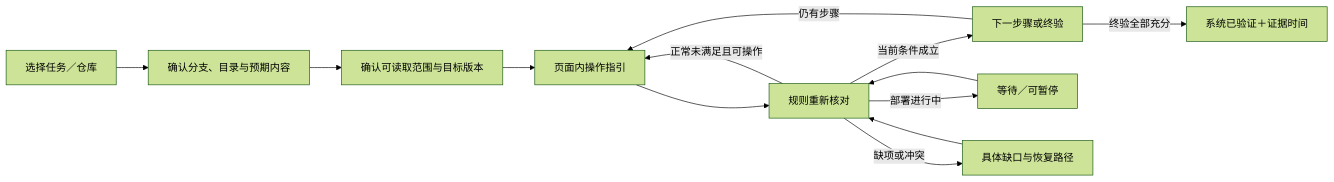
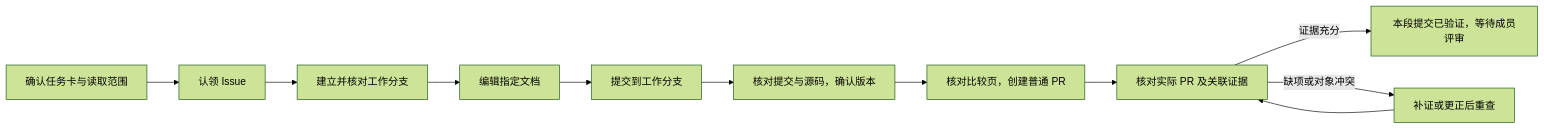
Before and after one commit to chuzhitairan/webguide-ai: the diagram in docs/design/WebGuideAI-引导交互-v0.1.md, drawn with Mermaid (forest theme). The commit also changed other lines of this file and 9 other files, not shown here.

````diff
--- a/docs/design/WebGuideAI-引导交互-v0.1.md
+++ b/docs/design/WebGuideAI-引导交互-v0.1.md
@@ -51,15 +53,13 @@
 ```mermaid
 flowchart LR
-    A[选择任务／仓库] --> B[确认分支、目录与预期内容]
-    B --> C[确认可读取范围与目标版本]
-    C --> D[页面内操作指引]
-    D --> E[规则重新核对]
-    E -->|正常未满足且可操作| D
-    E -->|当前条件成立| F[下一步骤或终验]
-    E -->|部署进行中| G[等待／可暂停]
-    G --> E
-    E -->|缺项或冲突| H[具体缺口与恢复路径]
-    H --> E
-    F -->|仍有步骤| D
-    F -->|终验全部充分| I[系统已验证＋证据时间]
+    A[确认任务卡与读取范围] --> B[认领 Issue]
+    B --> C[建立并核对工作分支]
+    C --> D[编辑指定文档]
+    D --> E[提交到工作分支]
+    E --> F[核对提交与源码，确认版本]
+    F --> G[核对比较页，创建普通 PR]
+    G --> H[核对实际 PR 及关联证据]
+    H -->|证据充分| I[本段提交已验证，等待成员评审]
+    H -->|缺项或对象冲突| J[补证或更正后重查]
+    J --> H
 ```
````
